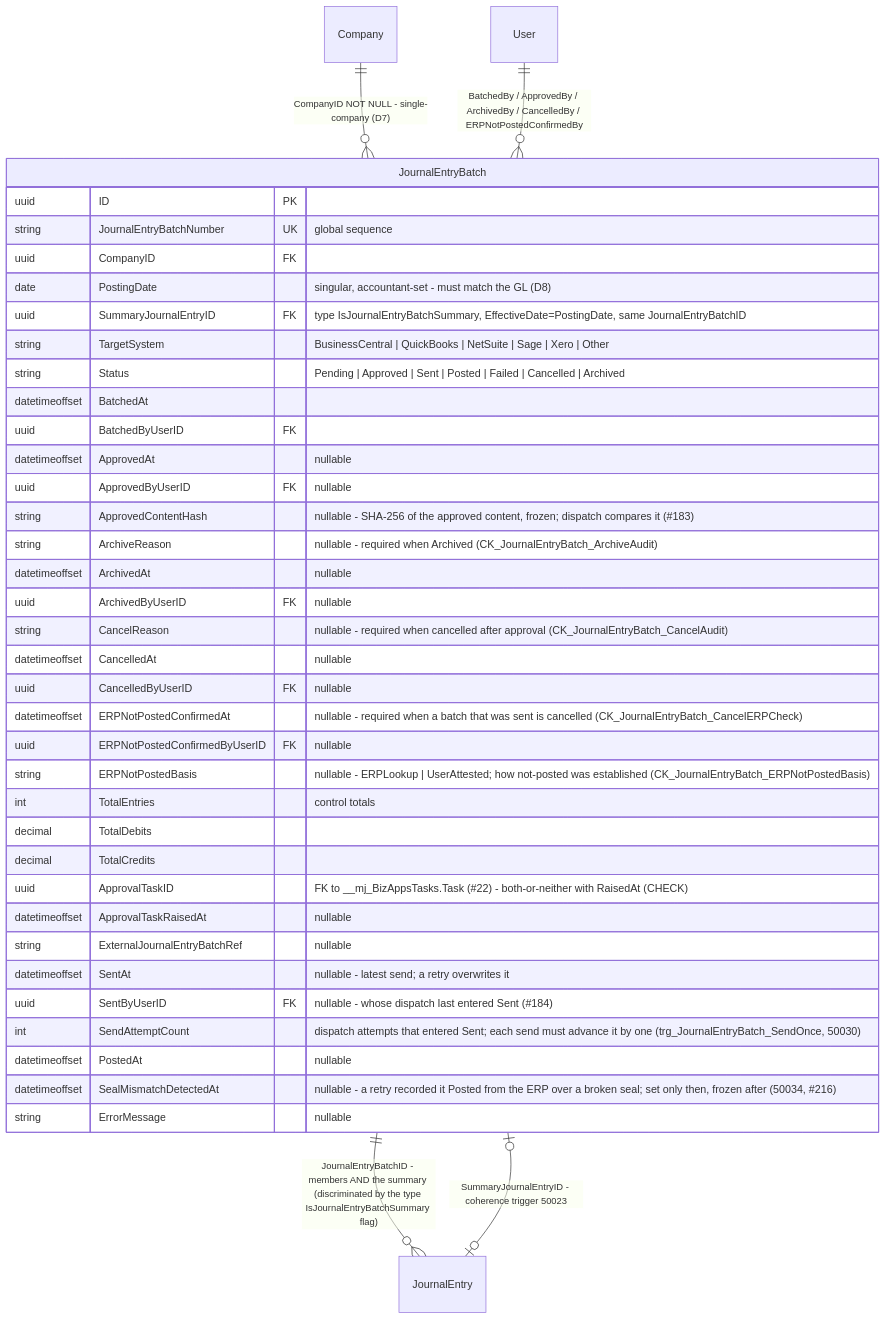
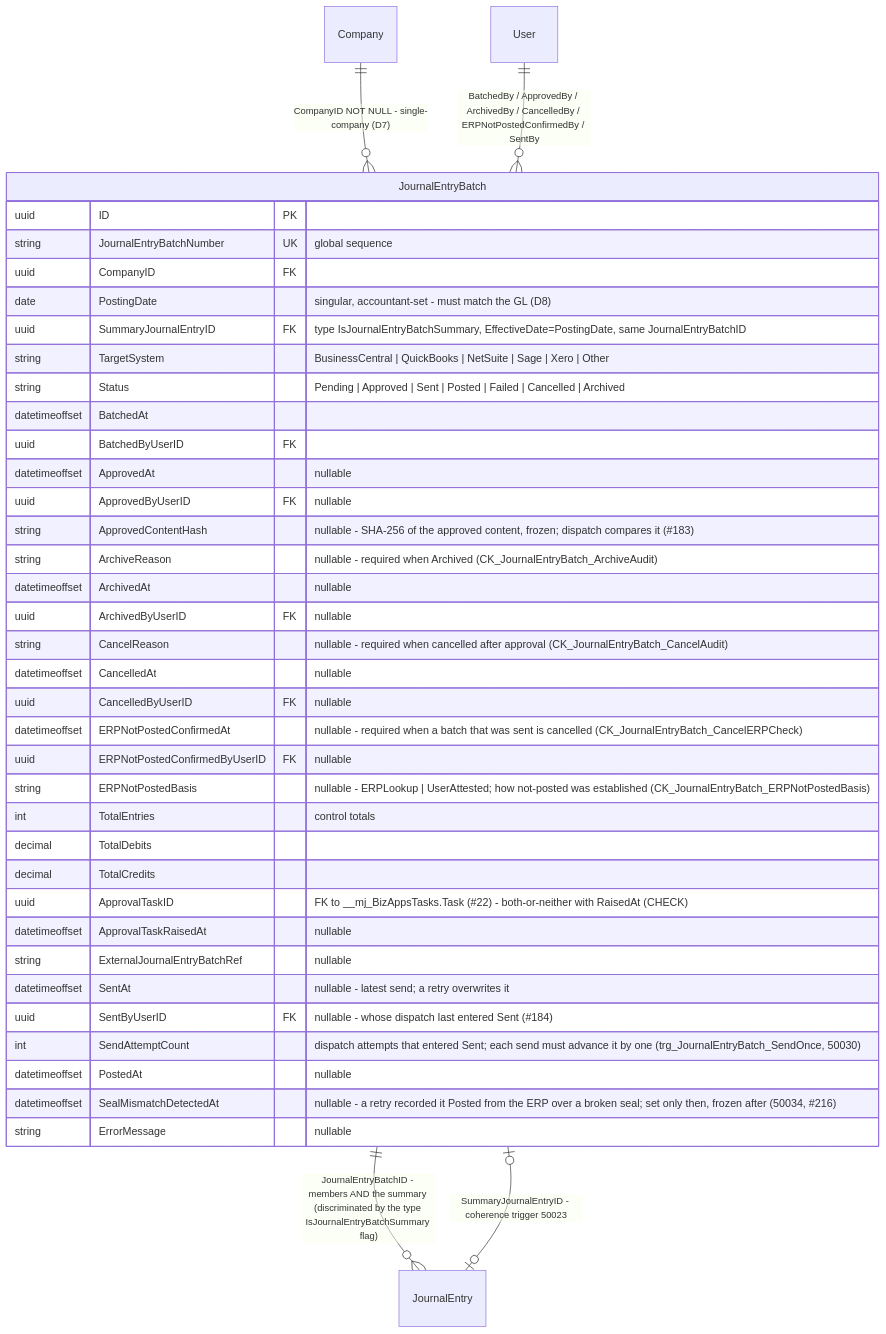
Before and after one commit to MemberJunction/bizapps-accounting: the eighth of 14 diagrams in docs/bizapps-accounting-erd.md, drawn with Mermaid. The commit also changed other lines of this file and 27 other files, not shown here.

````diff
--- a/docs/bizapps-accounting-erd.md
+++ b/docs/bizapps-accounting-erd.md
@@ -736,43 +809,43 @@
 ```mermaid
 erDiagram
     Company ||--o{ JournalEntryBatch : "CompanyID NOT NULL - single-company (D7)"
     JournalEntryBatch ||--o{ JournalEntry : "JournalEntryBatchID - members AND the summary (discriminated by the type IsJournalEntryBatchSummary flag)"
     JournalEntryBatch |o--o| JournalEntry : "SummaryJournalEntryID - coherence trigger 50023"
-    User ||--o{ JournalEntryBatch : "BatchedBy / ApprovedBy / ArchivedBy / CancelledBy / ERPNotPostedConfirmedBy"
+    User ||--o{ JournalEntryBatch : "BatchedBy / ApprovedBy / ArchivedBy / CancelledBy / ERPNotPostedConfirmedBy / SentBy"
 
     JournalEntryBatch {
         uuid ID PK
         string JournalEntryBatchNumber UK "global sequence"
         uuid CompanyID FK
         date PostingDate "singular, accountant-set - must match the GL (D8)"
         uuid SummaryJournalEntryID FK "type IsJournalEntryBatchSummary, EffectiveDate=PostingDate, same JournalEntryBatchID"
         string TargetSystem "BusinessCentral | QuickBooks | NetSuite | Sage | Xero | Other"
         string Status "Pending | Approved | Sent | Posted | Failed | Cancelled | Archived"
         datetimeoffset BatchedAt
         uuid BatchedByUserID FK
         datetimeoffset ApprovedAt "nullable"
         uuid ApprovedByUserID FK "nullable"
         string ApprovedContentHash "nullable - SHA-256 of the approved content, frozen; dispatch compares it (#183)"
         string ArchiveReason "nullable - required when Archived (CK_JournalEntryBatch_ArchiveAudit)"
         datetimeoffset ArchivedAt "nullable"
         uuid ArchivedByUserID FK "nullable"
         string CancelReason "nullable - required when cancelled after approval (CK_JournalEntryBatch_CancelAudit)"
         datetimeoffset CancelledAt "nullable"
         uuid CancelledByUserID FK "nullable"
         datetimeoffset ERPNotPostedConfirmedAt "nullable - required when a batch that was sent is cancelled (CK_JournalEntryBatch_CancelERPCheck)"
         uuid ERPNotPostedConfirmedByUserID FK "nullable"
         string ERPNotPostedBasis "nullable - ERPLookup | UserAttested; how not-posted was established (CK_JournalEntryBatch_ERPNotPostedBasis)"
         int TotalEntries "control totals"
         decimal TotalDebits
         decimal TotalCredits
         uuid ApprovalTaskID "FK to __mj_BizAppsTasks.Task (#22) - both-or-neither with RaisedAt (CHECK)"
         datetimeoffset ApprovalTaskRaisedAt "nullable"
         string ExternalJournalEntryBatchRef "nullable"
         datetimeoffset SentAt "nullable - latest send; a retry overwrites it"
         uuid SentByUserID FK "nullable - whose dispatch last entered Sent (#184)"
         int SendAttemptCount "dispatch attempts that entered Sent; each send must advance it by one (trg_JournalEntryBatch_SendOnce, 50030)"
         datetimeoffset PostedAt "nullable"
         datetimeoffset SealMismatchDetectedAt "nullable - a retry recorded it Posted from the ERP over a broken seal; set only then, frozen after (50034, #216)"
         string ErrorMessage "nullable"
     }
 ```
````
